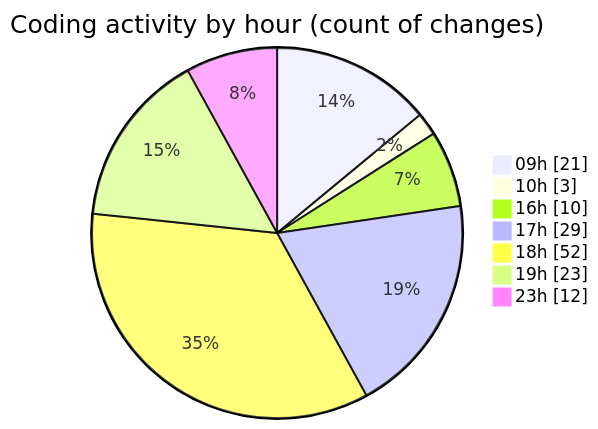
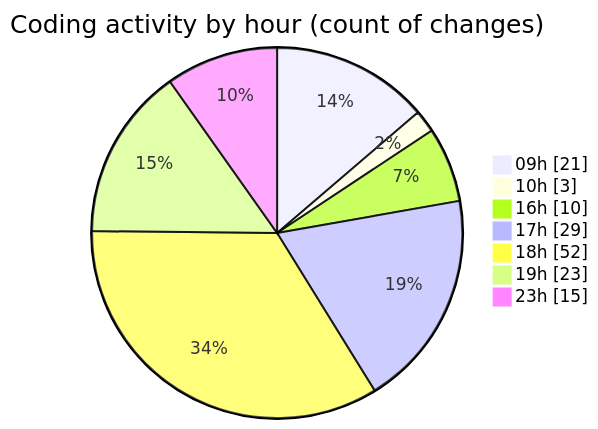
One commit to momahboobian/code-tracking changed the second of 2 diagrams in 2025-12-17/cda/README.md. Above: the diagram before and after it, drawn with Mermaid. The commit also changed other lines of this file and 1 other file, not shown here.

````diff
--- a/2025-12-17/cda/README.md
+++ b/2025-12-17/cda/README.md
@@ -71,11 +74,11 @@
 ```mermaid
 pie showData
 title Coding activity by hour (count of changes)
 "09h" : 21
 "10h" : 3
 "16h" : 10
 "17h" : 29
 "18h" : 52
 "19h" : 23
-"23h" : 12
+"23h" : 15
 ```
````
